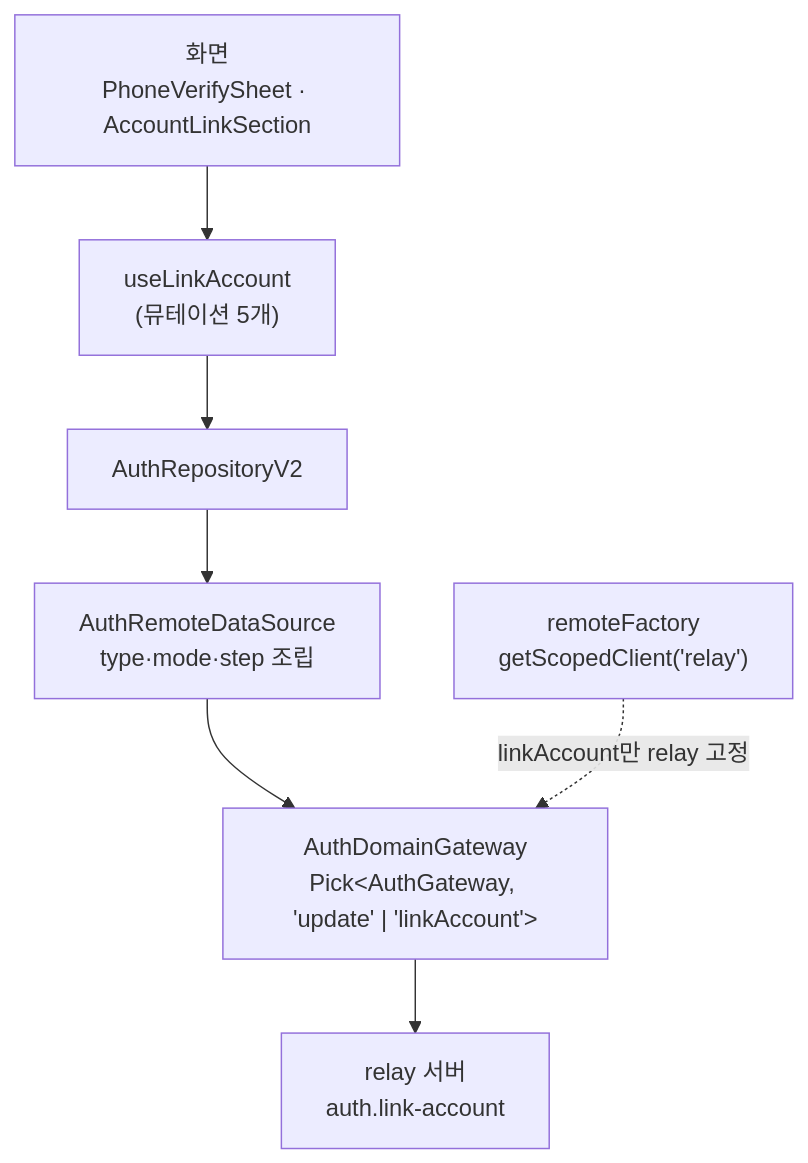
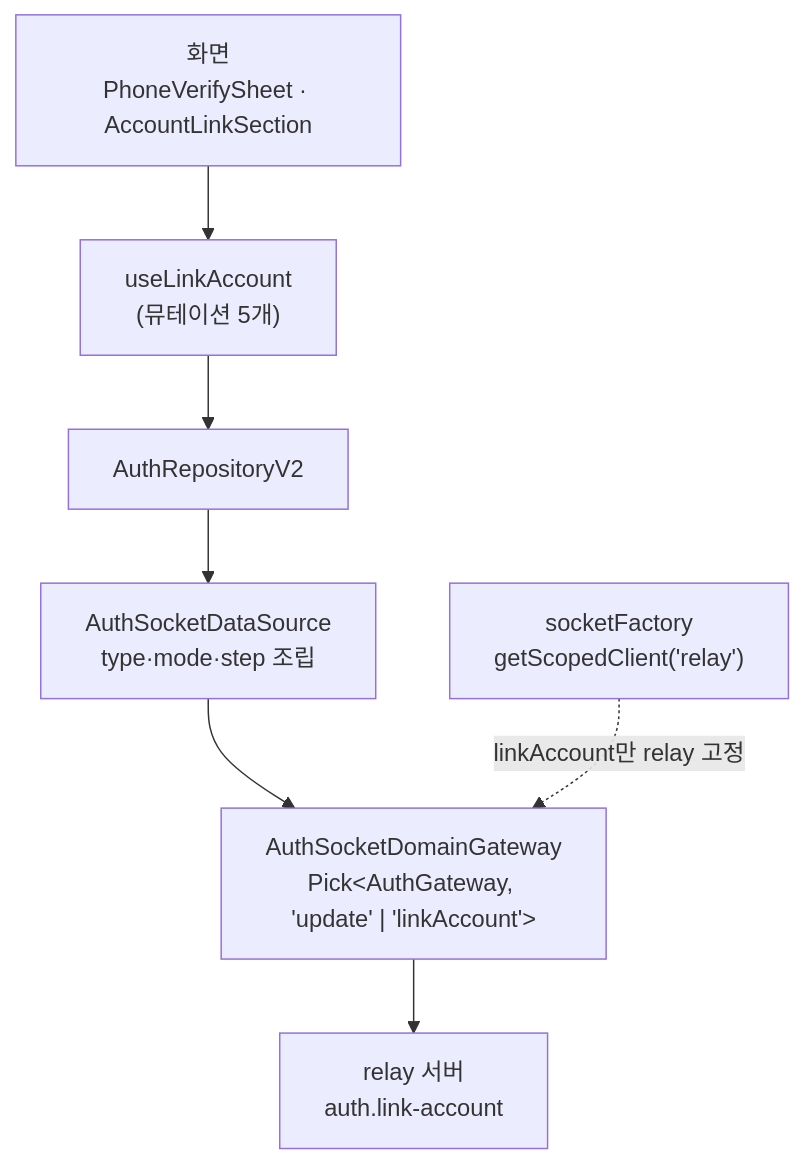
One commit to lemoncloud-io/dou-app changed the first of 3 diagrams in apps/web/docs/feature/auth/account-linking.md. Above: the diagram before and after it, drawn with Mermaid. The commit also changed other lines of this file and 972 other files, not shown here.

````diff
--- a/apps/web/docs/feature/auth/account-linking.md
+++ b/apps/web/docs/feature/auth/account-linking.md
@@ -123,14 +123,14 @@
 ```mermaid
 graph TD
     UI["화면<br/>PhoneVerifySheet · AccountLinkSection"]
     HK["useLinkAccount<br/>(뮤테이션 5개)"]
     RP["AuthRepositoryV2"]
-    DS["AuthRemoteDataSource<br/>type·mode·step 조립"]
-    GW["AuthDomainGateway<br/>Pick&lt;AuthGateway, 'update' | 'linkAccount'&gt;"]
-    RF["remoteFactory<br/>getScopedClient('relay')"]
+    DS["AuthSocketDataSource<br/>type·mode·step 조립"]
+    GW["AuthSocketDomainGateway<br/>Pick&lt;AuthGateway, 'update' | 'linkAccount'&gt;"]
+    RF["socketFactory<br/>getScopedClient('relay')"]
     SRV["relay 서버<br/>auth.link-account"]
 
     UI --> HK --> RP --> DS --> GW
     RF -.->|linkAccount만 relay 고정| GW
     GW --> SRV
 ```
````
